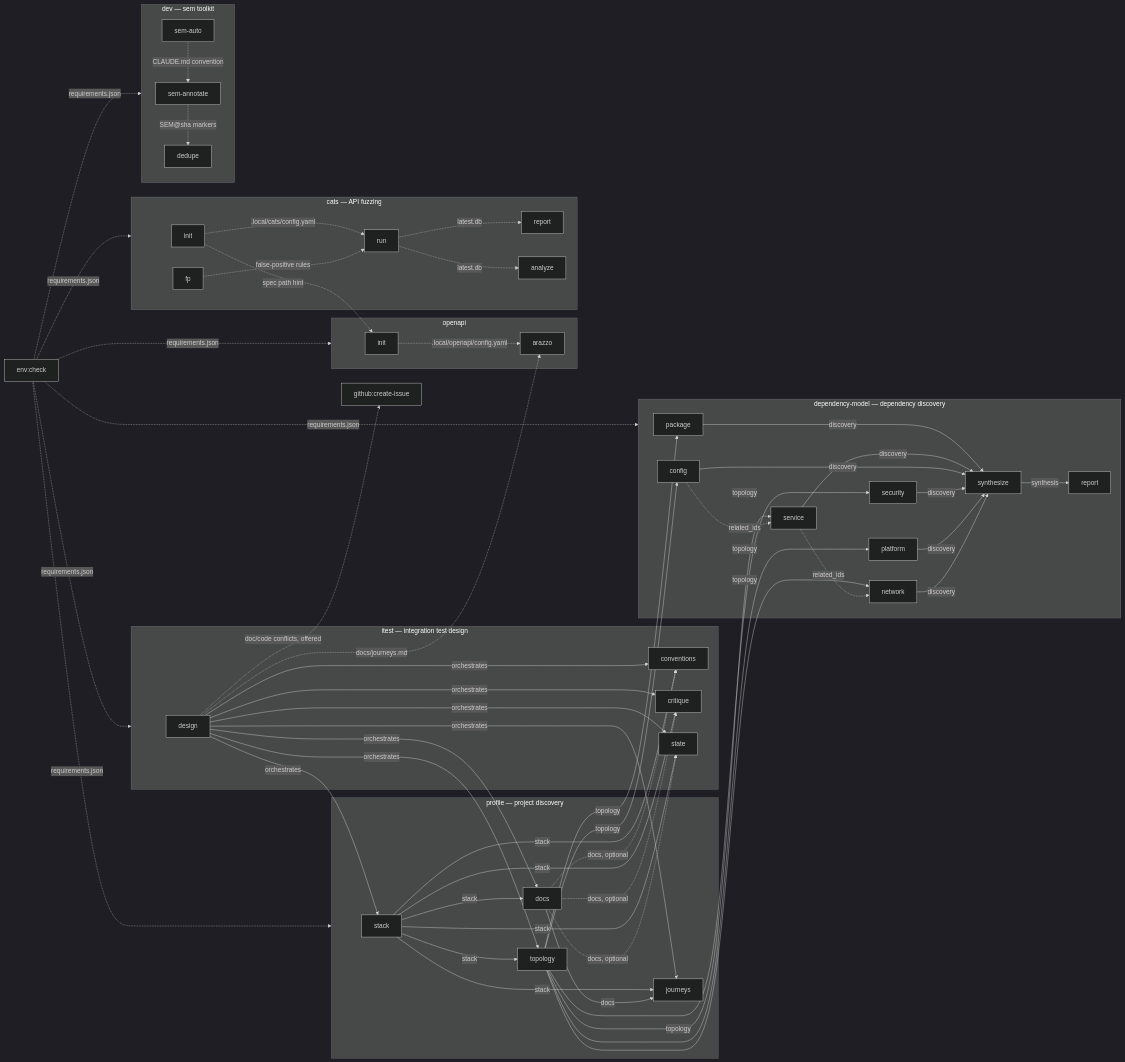
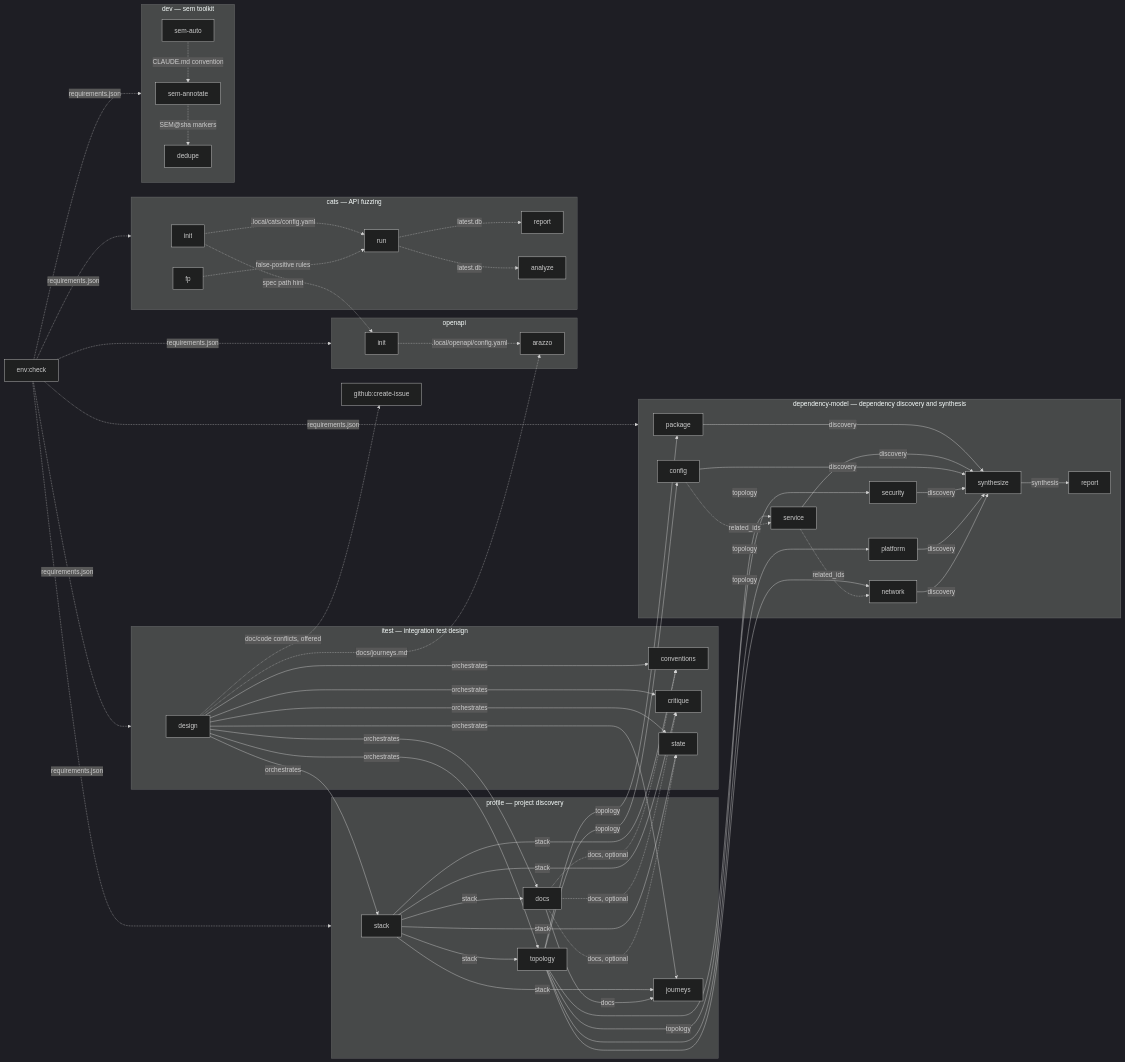
The diagram in docs/ARCHITECTURE.md (ericfitz/skills), drawn with Mermaid (dark theme) before and after one commit. The commit also changed other lines of this file, not shown here.

Commit message:
docs(architecture): fix orchestrator claim, entry-point, and catalog gaps for synthesis skills (#49)

```diff
--- a/docs/ARCHITECTURE.md
+++ b/docs/ARCHITECTURE.md
@@ -66,7 +66,7 @@
     d_dedupe["dedupe"]
   end
 
-  subgraph depmodel["dependency-model — dependency discovery"]
+  subgraph depmodel["dependency-model — dependency discovery and synthesis"]
     x_pkg["package"]
     x_svc["service"]
     x_cfg["config"]
```
